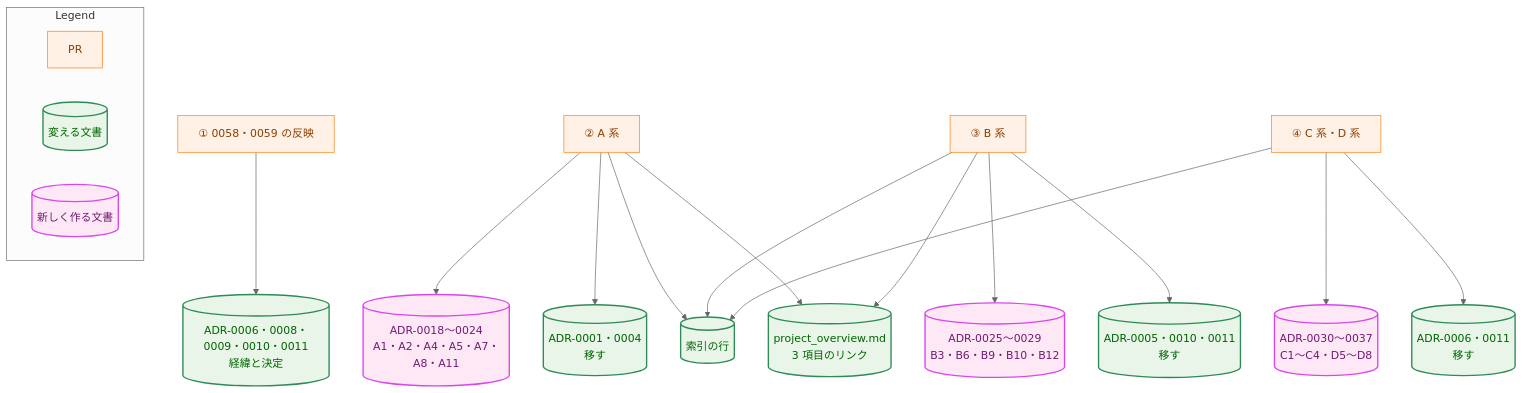
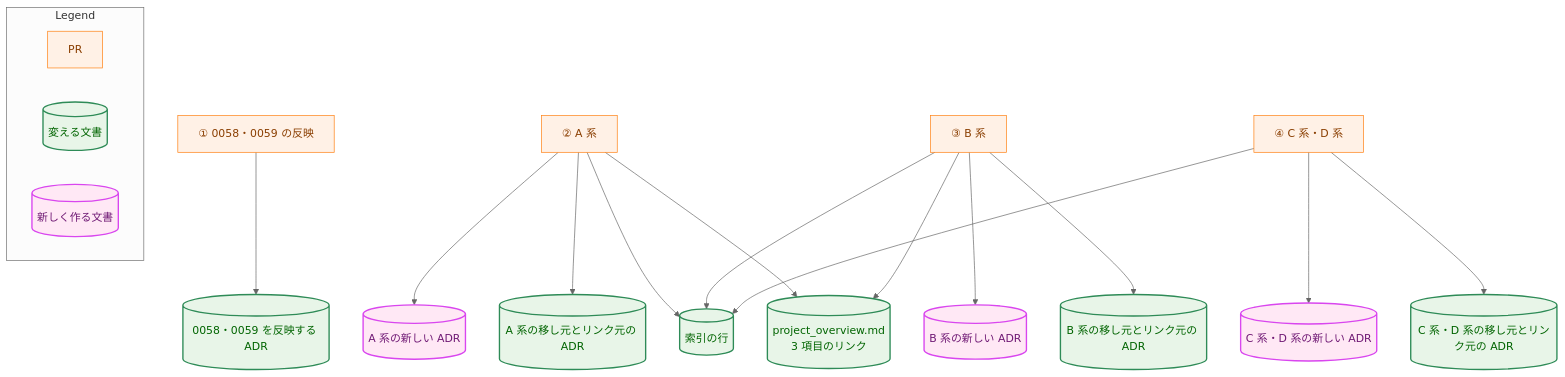
The second of 4 diagrams in docs/tasks/0065_adr_remaining/02_architecture.md (isseis/yt2column), drawn with Mermaid (neutral theme) before and after one commit. The commit also changed other lines of this file, not shown here.

````diff
--- a/docs/tasks/0065_adr_remaining/02_architecture.md
+++ b/docs/tasks/0065_adr_remaining/02_architecture.md
@@ -109,47 +114,47 @@
 ```mermaid
 flowchart TD
     classDef process fill:#fff1e6,stroke:#ff7f0e,stroke-width:1px,color:#8a3e00;
     classDef enhanced fill:#e8f5e8,stroke:#2e8b57,stroke-width:2px,color:#006400;
     classDef newpkg fill:#ffe8f5,stroke:#d946ef,stroke-width:2px,color:#701a75;
 
     P1["① 0058・0059 の反映"]
     P2["② A 系"]
     P3["③ B 系"]
     P4["④ C 系・D 系"]
 
-    E1[("ADR-0006・0008・0009・0010・0011<br>経緯と決定")]
-    N2[("ADR-0018〜0024<br>A1・A2・A4・A5・A7・A8・A11")]
-    M2[("ADR-0001・0004<br>移す")]
-    N3[("ADR-0025〜0029<br>B3・B6・B9・B10・B12")]
-    M3[("ADR-0005・0010・0011<br>移す")]
-    N4[("ADR-0030〜0037<br>C1〜C4・D5〜D8")]
-    M4[("ADR-0006・0011<br>移す")]
+    E1[("0058・0059 を反映する ADR")]
+    N2[("A 系の新しい ADR")]
+    M2[("A 系の移し元とリンク元の ADR")]
+    N3[("B 系の新しい ADR")]
+    M3[("B 系の移し元とリンク元の ADR")]
+    N4[("C 系・D 系の新しい ADR")]
+    M4[("C 系・D 系の移し元とリンク元の ADR")]
     IDX[("索引の行")]
     OV[("project_overview.md<br>3 項目のリンク")]
 
     P1 --> E1
     P2 --> N2
     P2 --> M2
     P2 --> IDX
     P2 --> OV
     P3 --> N3
     P3 --> M3
     P3 --> IDX
     P3 --> OV
     P4 --> N4
     P4 --> M4
     P4 --> IDX
 
     class P1,P2,P3,P4 process
     class E1,M2,M3,M4,IDX,OV enhanced
     class N2,N3,N4 newpkg
 
     subgraph Legend["Legend"]
         L1["PR"]
         L2[("変える文書")]
         L3[("新しく作る文書")]
     end
     class L1 process
     class L2 enhanced
     class L3 newpkg
 ```
````
